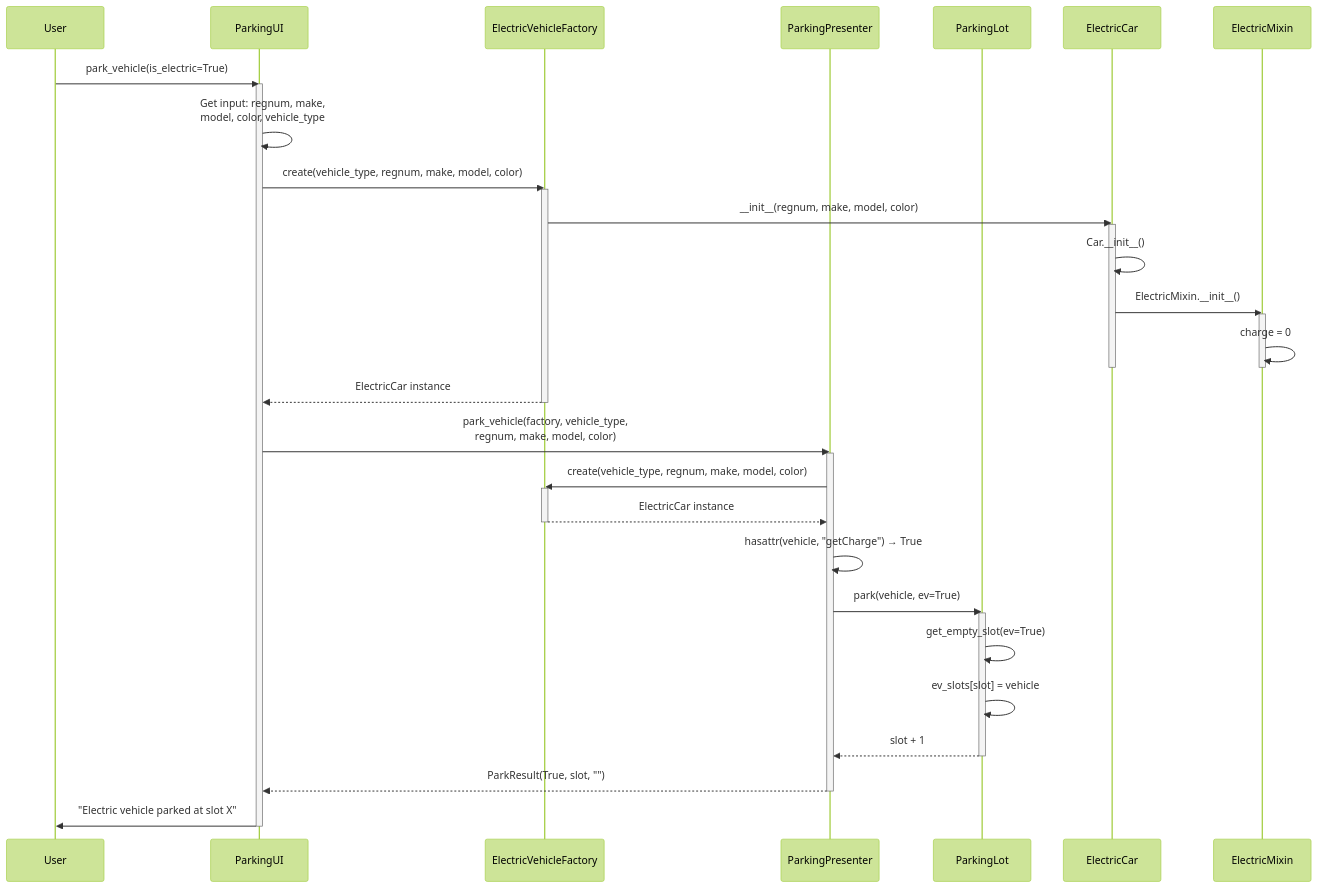
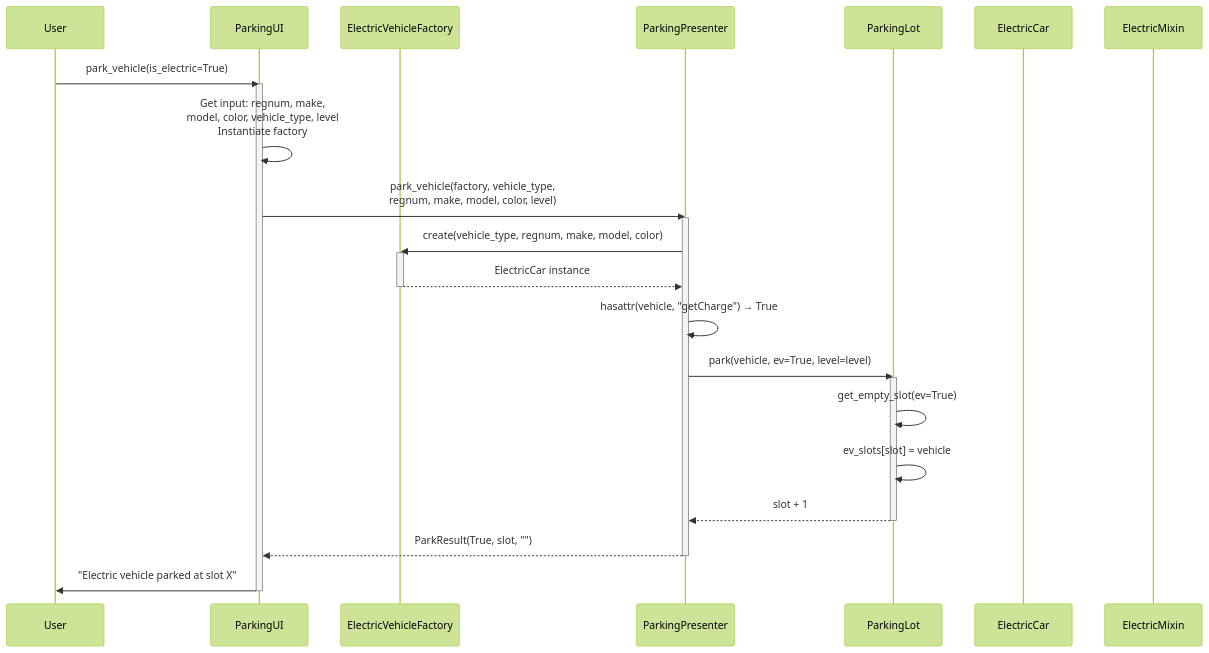
One commit to GodfreySilungwe/Software-design-and-architecture-project changed the fourth of 4 diagrams in UML_Behavioral_Diagram.md. Above: the diagram before and after it, drawn with Mermaid (forest theme). The commit also changed other lines of this file and 12 other files, not shown here.

Commit message:
Fixed behaviour UML

````diff
--- a/UML_Behavioral_Diagram.md
+++ b/UML_Behavioral_Diagram.md
@@ -143,54 +134,38 @@
 ```mermaid
 sequenceDiagram
     participant User
     participant ParkingUI
     participant Factory as ElectricVehicleFactory
     participant Presenter as ParkingPresenter
     participant ParkingLot
     participant Vehicle as ElectricCar
     participant Mixin as ElectricMixin
 
     User->>ParkingUI: park_vehicle(is_electric=True)
     activate ParkingUI
     
-    ParkingUI->>ParkingUI: Get input: regnum, make,<br/>model, color, vehicle_type
+    ParkingUI->>ParkingUI: Get input: regnum, make,<br/>model, color, vehicle_type, level<br/>Instantiate factory
     
-    ParkingUI->>Factory: create(vehicle_type, regnum, make, model, color)
-    activate Factory
-    
-    Factory->>Vehicle: __init__(regnum, make, model, color)
-    activate Vehicle
-    
-    Vehicle->>Vehicle: Car.__init__()
-    Vehicle->>Mixin: ElectricMixin.__init__()
-    activate Mixin
-    Mixin->>Mixin: charge = 0
-    deactivate Mixin
-    deactivate Vehicle
-    
-    Factory-->>ParkingUI: ElectricCar instance
-    deactivate Factory
-    
-    ParkingUI->>Presenter: park_vehicle(factory, vehicle_type,<br/>regnum, make, model, color)
+    ParkingUI->>Presenter: park_vehicle(factory, vehicle_type,<br/>regnum, make, model, color, level)
     activate Presenter
     
     Presenter->>Factory: create(vehicle_type, regnum, make, model, color)
     activate Factory
     Factory-->>Presenter: ElectricCar instance
     deactivate Factory
     
     Presenter->>Presenter: hasattr(vehicle, "getCharge") → True
     
-    Presenter->>ParkingLot: park(vehicle, ev=True)
+    Presenter->>ParkingLot: park(vehicle, ev=True, level=level)
     activate ParkingLot
     ParkingLot->>ParkingLot: get_empty_slot(ev=True)
     ParkingLot->>ParkingLot: ev_slots[slot] = vehicle
     ParkingLot-->>Presenter: slot + 1
     deactivate ParkingLot
     
     Presenter-->>ParkingUI: ParkResult(True, slot, "")
     deactivate Presenter
     
     ParkingUI->>User: "Electric vehicle parked at slot X"
     deactivate ParkingUI
 ```
````
